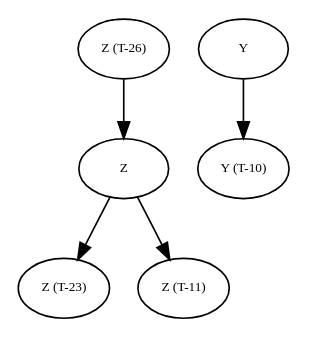
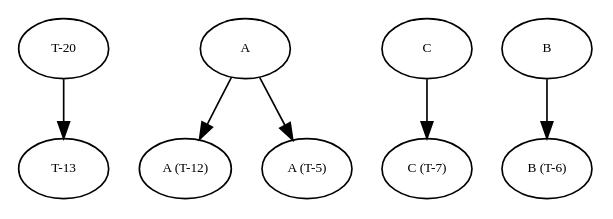
Before and after one commit to amso100/livescript-declarations: the diagram in graphs/debug_tree0.dot, drawn with Graphviz. The commit also changed 12 other files, not shown here.

```diff
--- a/graphs/debug_tree0.dot
+++ b/graphs/debug_tree0.dot
@@ -1,47 +1,66 @@
 digraph RGL__DirectedAdjacencyGraph {
-    Z [
+    "T-20" [
         fontsize = 8,
-        label = Z
+        label = "T-20"
     ]
 
-    "Z (T-23)" [
+    "T-13" [
         fontsize = 8,
-        label = "Z (T-23)"
+        label = "T-13"
     ]
 
-    "Z (T-11)" [
+    A [
         fontsize = 8,
-        label = "Z (T-11)"
+        label = A
     ]
 
-    "Z (T-26)" [
+    "A (T-12)" [
         fontsize = 8,
-        label = "Z (T-26)"
+        label = "A (T-12)"
     ]
 
-    Y [
+    "A (T-5)" [
         fontsize = 8,
-        label = Y
+        label = "A (T-5)"
     ]
 
-    "Y (T-10)" [
+    C [
         fontsize = 8,
-        label = "Y (T-10)"
+        label = C
     ]
 
-    Z -> "Z (T-23)" [
+    "C (T-7)" [
+        fontsize = 8,
+        label = "C (T-7)"
+    ]
+
+    B [
+        fontsize = 8,
+        label = B
+    ]
+
+    "B (T-6)" [
+        fontsize = 8,
+        label = "B (T-6)"
+    ]
+
+    "T-20" -> "T-13" [
         fontsize = 8
     ]
 
-    Z -> "Z (T-11)" [
+    A -> "A (T-12)" [
         fontsize = 8
     ]
 
-    "Z (T-26)" -> Z [
+    A -> "A (T-5)" [
         fontsize = 8
     ]
 
-    Y -> "Y (T-10)" [
+    C -> "C (T-7)" [
+        fontsize = 8
+    ]
+
+    B -> "B (T-6)" [
         fontsize = 8
     ]
 }
```
